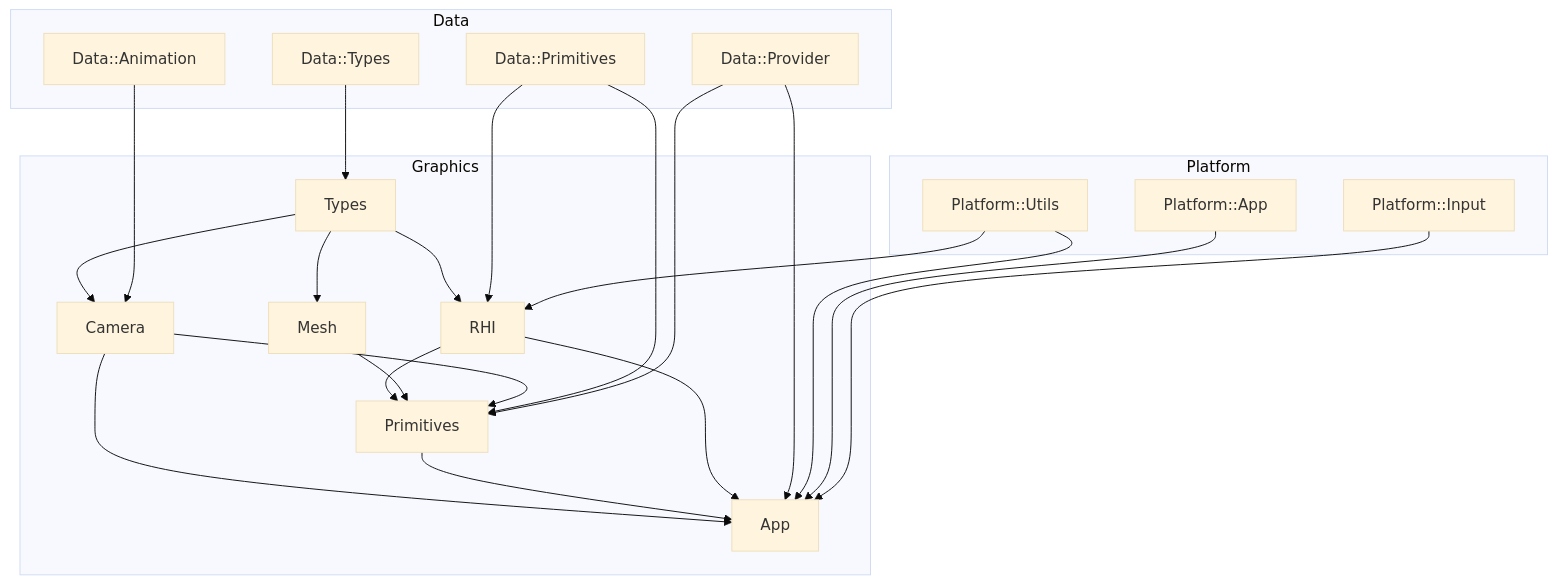
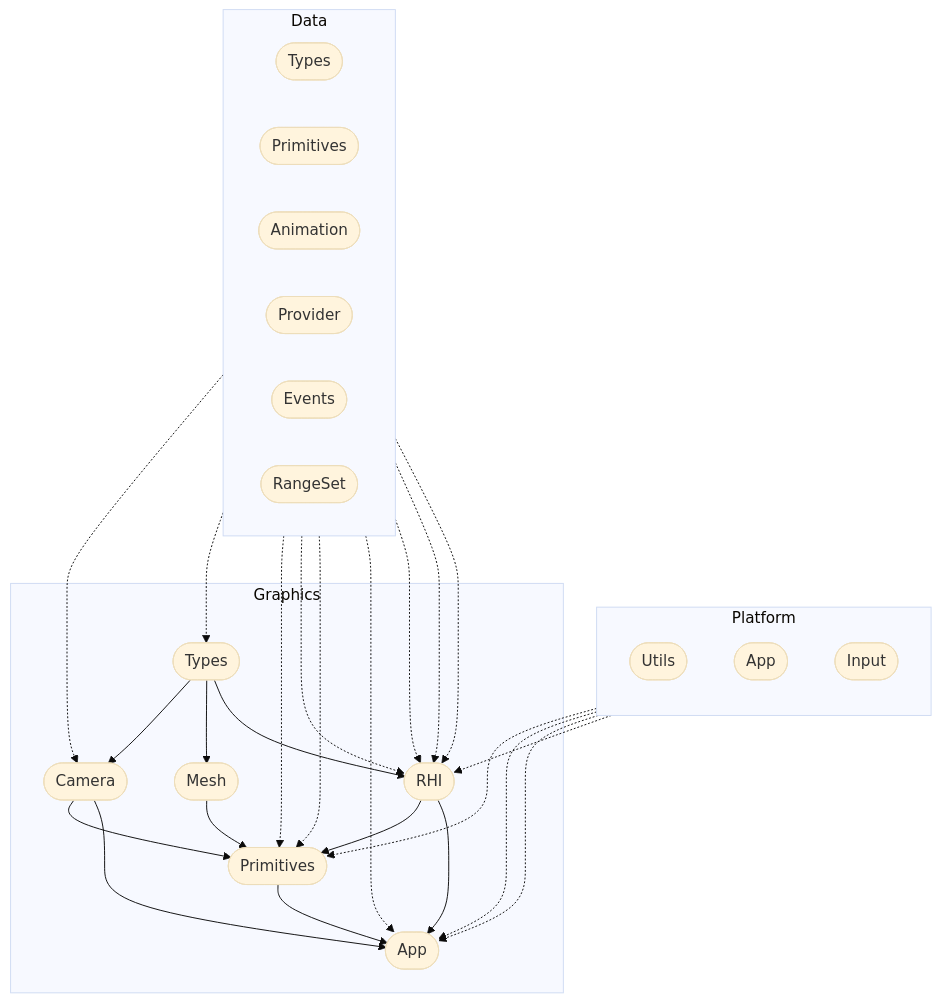
The second of 2 diagrams in Modules/Graphics/README.md (MethanePowered/MethaneKit), drawn with Mermaid (base theme) before and after one commit. The commit also changed other lines of this file and 8 other files, not shown here.

Commit message:
Update diagrams

````diff
--- a/Modules/Graphics/README.md
+++ b/Modules/Graphics/README.md
@@ -31,35 +31,51 @@
 ```mermaid
 graph TD;
     subgraph Data
-        Data::Types
-        Data::Primitives
-        Data::Animation
-        Data::Provider
+        direction LR
+        data_type([Types])
+        data_prim([Primitives])
+        data_anim([Animation])
+        data_prov([Provider])
+        data_event([Events])
+        data_range([RangeSet])
     end
+    
     subgraph Platform
-        Platform::Utils
-        Platform::App
-        Platform::Input
+        direction TB
+        pal_util([Utils])
+        pal_app([App])
+        pal_input([Input])
     end
+
     subgraph Graphics
-        Types-->Camera;
-        Types-->Mesh;
-        Types-->RHI;
-        RHI-->Primitives;
-        Mesh-->Primitives;
-        Camera-->App;
-        Camera-->Primitives;
-        Primitives-->App;
-        RHI-->App;
+        gfx_type([Types])
+        gfx_cam([Camera])
+        gfx_mesh([Mesh])
+        gfx_rhi([RHI])
+        gfx_prim([Primitives])
+        gfx_app([App])
     end
-    Data::Types-->Types
-    Data::Animation-->Camera
-    Data::Primitives-->Primitives
-    Data::Provider-->Primitives
-    Data::Provider-->App
-    Platform::Utils-->App
-    Platform::App-->App
-    Platform::Input-->App
-    Data::Primitives-->RHI
-    Platform::Utils-->RHI
+    
+    data_anim-.->gfx_cam
+    data_type-.->gfx_type
+    gfx_type-->gfx_cam;
+    gfx_type-->gfx_mesh;
+    gfx_type-->gfx_rhi;
+    gfx_cam-->gfx_prim;
+    data_prov-.->gfx_prim
+    data_prov-.->gfx_rhi
+    gfx_mesh-->gfx_prim;
+    data_prim-.->gfx_prim
+    gfx_rhi-->gfx_prim;
+    gfx_cam-->gfx_app;
+    data_prov-.->gfx_app
+    gfx_prim-->gfx_app;
+    gfx_rhi-->gfx_app;
+    pal_util-.->gfx_prim
+    pal_app-.->gfx_app
+    pal_input-.->gfx_app
+    data_prim-.->gfx_rhi
+    data_event-.->gfx_rhi
+    data_range-.->gfx_rhi
+    pal_util-.->gfx_rhi
 ```
````
